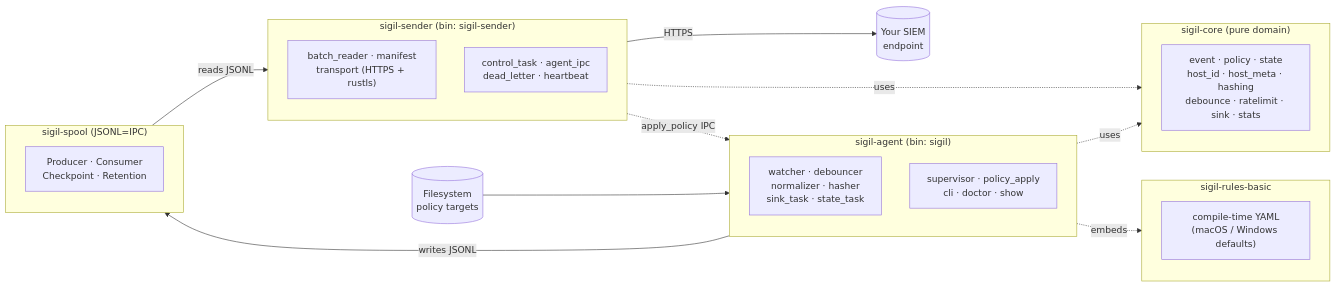
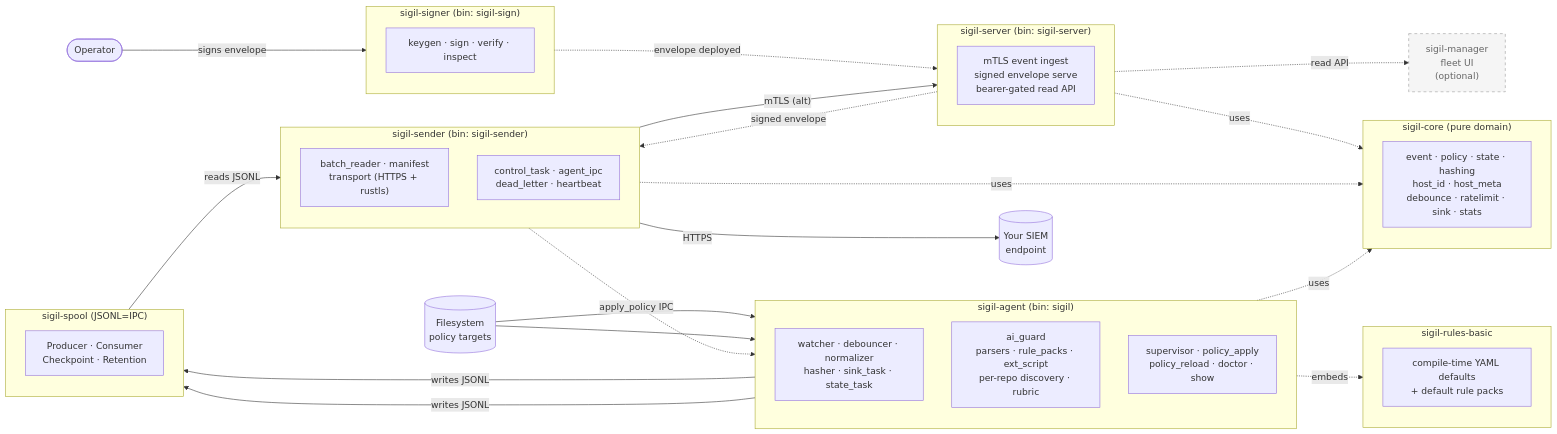
One commit to Ju571nK/sigil changed the diagram in README.md. Above: the diagram before and after it, drawn with Mermaid.

Commit message:
docs(readme): refresh architecture diagram for current state
Updates the mermaid flowchart to reflect everything that's shipped since
the original diagram was authored:

- New: ai_guard subsystem visible inside sigil-agent (parsers, rule_packs,
  ext_script, per-repo discovery, rubric — phases 3b.1 / 3b.6.x / 3b.7 /
  3b.3 are all in)
- New: sigil-server as alternative receiver (Phase 3b.4 OSS reference
  receiver — mTLS event ingest + signed envelope serve + bearer-gated
  read API). Operator picks "your SIEM" or sigil-server.
- New: sigil-signer + operator flow (operator → sign envelope → server
  deploys → sender delivers → agent applies via IPC)
- New: sigil-manager shown as optional (dashed) downstream consumer of
  sigil-server's read API. Self-hostable fleet UI for teams that want
  multi-host visibility; sigil OSS works standalone without it.
- rule pack defaults call-out on sigil-rules-basic (Phase 3b.7)
- a_ctrl gains policy_reload (Phase 2 hot-reload was in but unlabeled)

Pure docs/diagram refresh; no code change.

````diff
--- a/README.md
+++ b/README.md
@@ -162,39 +162,73 @@
 ```mermaid
 flowchart LR
+    %% External actors & systems
+    operator(["Operator"])
     FS[("Filesystem<br/>policy targets")]
     SIEM[("Your SIEM<br/>endpoint")]
 
+    %% Optional downstream
+    manager["sigil-manager<br/>fleet UI<br/>(optional)"]:::optional
+
+    %% Operator-side keystore tool
+    subgraph signer["sigil-signer (bin: sigil-sign)"]
+        signermods["keygen · sign · verify · inspect"]
+    end
+
+    %% Host daemon
     subgraph agent["sigil-agent (bin: sigil)"]
         direction TB
-        a_pipe["watcher · debouncer<br/>normalizer · hasher<br/>sink_task · state_task"]
-        a_ctrl["supervisor · policy_apply<br/>cli · doctor · show"]
+        a_pipe["watcher · debouncer · normalizer<br/>hasher · sink_task · state_task"]
+        a_aiguard["ai_guard<br/>parsers · rule_packs · ext_script<br/>per-repo discovery · rubric"]
+        a_ctrl["supervisor · policy_apply<br/>policy_reload · doctor · show"]
     end
 
+    %% Uploader
     subgraph sender["sigil-sender (bin: sigil-sender)"]
         direction TB
         s_pipe["batch_reader · manifest<br/>transport (HTTPS + rustls)"]
         s_ctrl["control_task · agent_ipc<br/>dead_letter · heartbeat"]
+    end
+
+    %% OSS reference receiver (alternative to BYO SIEM)
+    subgraph server["sigil-server (bin: sigil-server)"]
+        servermods["mTLS event ingest<br/>signed envelope serve<br/>bearer-gated read API"]
     end
 
     subgraph spool["sigil-spool (JSONL=IPC)"]
         spoolmods["Producer · Consumer<br/>Checkpoint · Retention"]
     end
 
     subgraph core["sigil-core (pure domain)"]
-        coremods["event · policy · state<br/>host_id · host_meta · hashing<br/>debounce · ratelimit · sink · stats"]
+        coremods["event · policy · state · hashing<br/>host_id · host_meta<br/>debounce · ratelimit · sink · stats"]
     end
 
     subgraph rules["sigil-rules-basic"]
-        rulesmods["compile-time YAML<br/>(macOS / Windows defaults)"]
+        rulesmods["compile-time YAML defaults<br/>+ default rule packs"]
     end
 
+    %% Data plane
     FS --> a_pipe
+    FS --> a_aiguard
     a_pipe -- "writes JSONL" --> spool
+    a_aiguard -- "writes JSONL" --> spool
     spool -- "reads JSONL" --> s_pipe
     s_pipe -- "HTTPS" --> SIEM
+    s_pipe -- "mTLS (alt)" --> server
+
+    %% Control plane
     s_ctrl -. "apply_policy IPC" .-> a_ctrl
+    operator -- "signs envelope" --> signer
+    signer -. "envelope deployed" .-> server
+    server -. "signed envelope" .-> sender
 
+    %% Optional consumer
+    server -. "read API" .-> manager
+
+    %% Library deps
     agent -. uses .-> core
     sender -. uses .-> core
+    server -. uses .-> core
     agent -. embeds .-> rules
+
+    classDef optional stroke-dasharray: 5 5,fill:#f5f5f5,stroke:#999,color:#666
 ```
````
